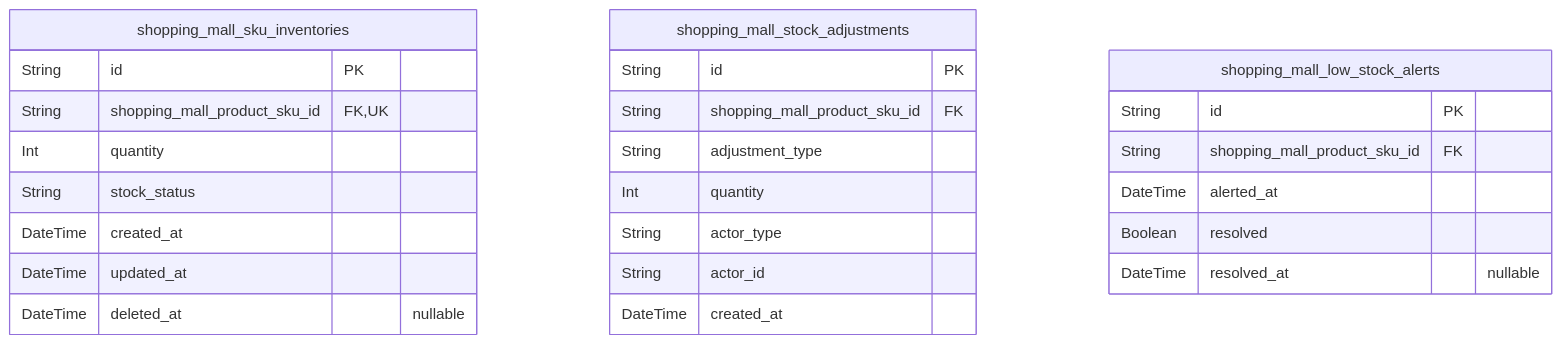
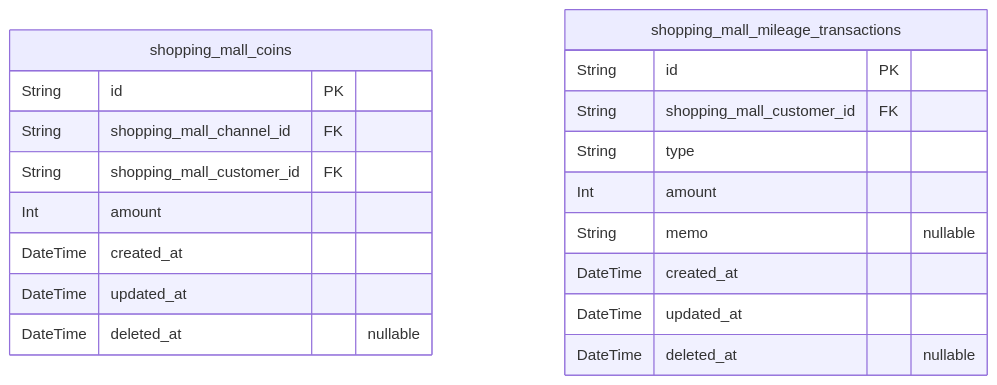
Before and after one commit to wrtnlabs/autobe-examples: the seventh of 10 diagrams in openai/gpt-4.1-mini/shopping/docs/ERD.md, drawn with Mermaid. The commit also changed other lines of this file and 22498 other files, not shown here.

````diff
--- a/openai/gpt-4.1-mini/shopping/docs/ERD.md
+++ b/openai/gpt-4.1-mini/shopping/docs/ERD.md
@@ -715,28 +1165,22 @@
 ```mermaid
 erDiagram
-"shopping_mall_sku_inventories" {
+"shopping_mall_coins" {
   String id PK
-  String shopping_mall_product_sku_id FK,UK
-  Int quantity
-  String stock_status
+  String shopping_mall_channel_id FK
+  String shopping_mall_customer_id FK
+  Int amount
   DateTime created_at
   DateTime updated_at
   DateTime deleted_at "nullable"
 }
-"shopping_mall_stock_adjustments" {
+"shopping_mall_mileage_transactions" {
   String id PK
-  String shopping_mall_product_sku_id FK
-  String adjustment_type
-  Int quantity
-  String actor_type
-  String actor_id
+  String shopping_mall_customer_id FK
+  String type
+  Int amount
+  String memo "nullable"
   DateTime created_at
-}
-"shopping_mall_low_stock_alerts" {
-  String id PK
-  String shopping_mall_product_sku_id FK
-  DateTime alerted_at
-  Boolean resolved
-  DateTime resolved_at "nullable"
+  DateTime updated_at
+  DateTime deleted_at "nullable"
 }
 ```
````
